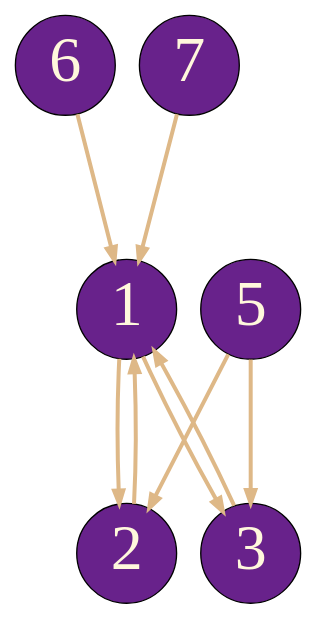
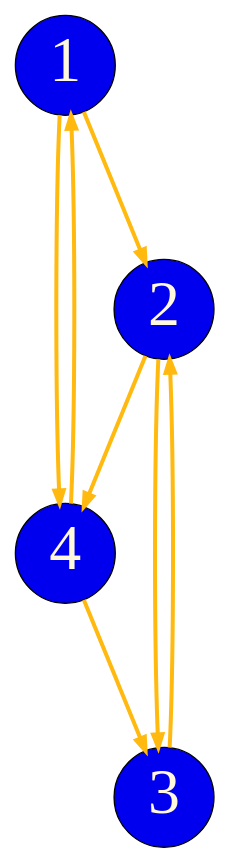
The diagram in Xml_to_Graph/Xml_to_Graph/output.dot (SaraHanyAbdelhady/Data-Structures), drawn with Graphviz before and after one commit. The commit also changed 110 other files, not shown here.

```diff
--- a/Xml_to_Graph/Xml_to_Graph/output.dot
+++ b/Xml_to_Graph/Xml_to_Graph/output.dot
@@ -1,16 +1,15 @@
 digraph G {
     graph[fontsize = 24]
-    edge[fontsize = 20 color = burlywood]
-    node[margin=0 fontcolor=cornsilk fontsize=48 width=0.5 shape=circle style=filled fillcolor = darkorchid4]
+    edge[fontsize = 20 color = darkgoldenrod1]
+    node[margin=0 fontcolor=cornsilk fontsize=48 width=0.5 shape=circle style=filled fillcolor = blue2]
     ranksep = 1.5
     nodesep = .25
     edge[style = "setlinewidth(3)"]
     1 -> 2;
-    1 -> 3;
-    2 -> 1;
-    3 -> 1;
-    5 -> 2;
-    5 -> 3;
-    6 -> 1;
-    7 -> 1;
+    1 -> 4;
+    2 -> 3;
+    2 -> 4;
+    3 -> 2;
+    4 -> 1;
+    4 -> 3;
 }
```
